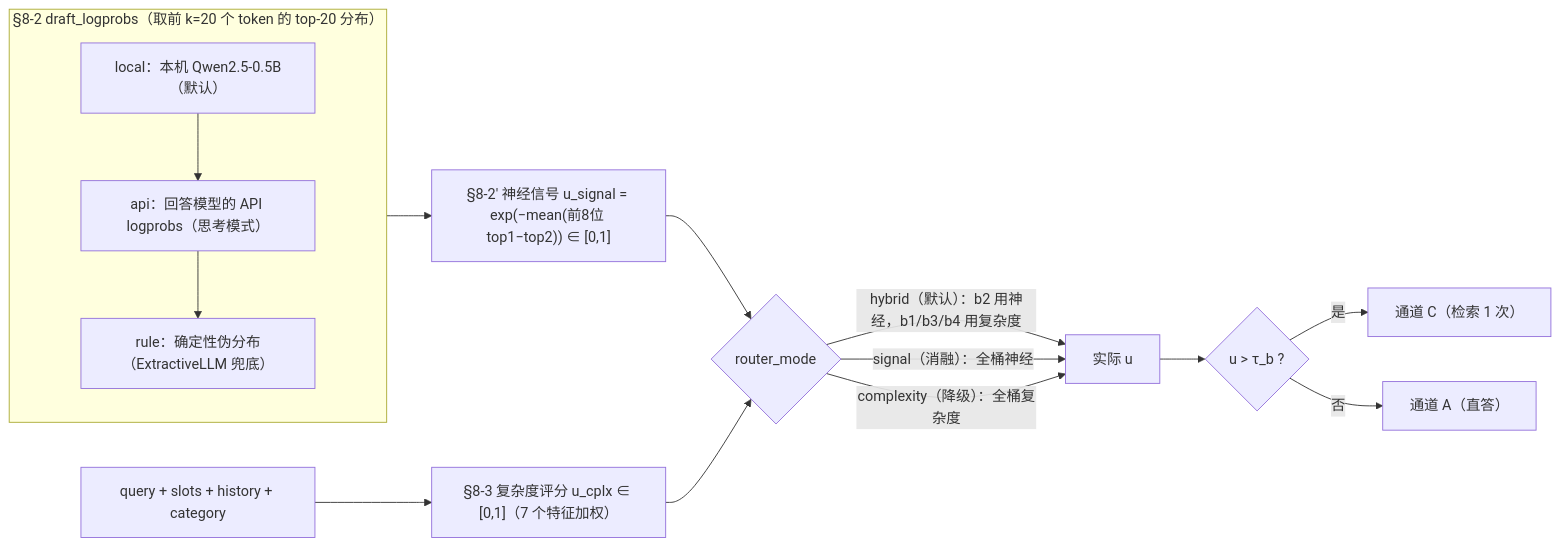
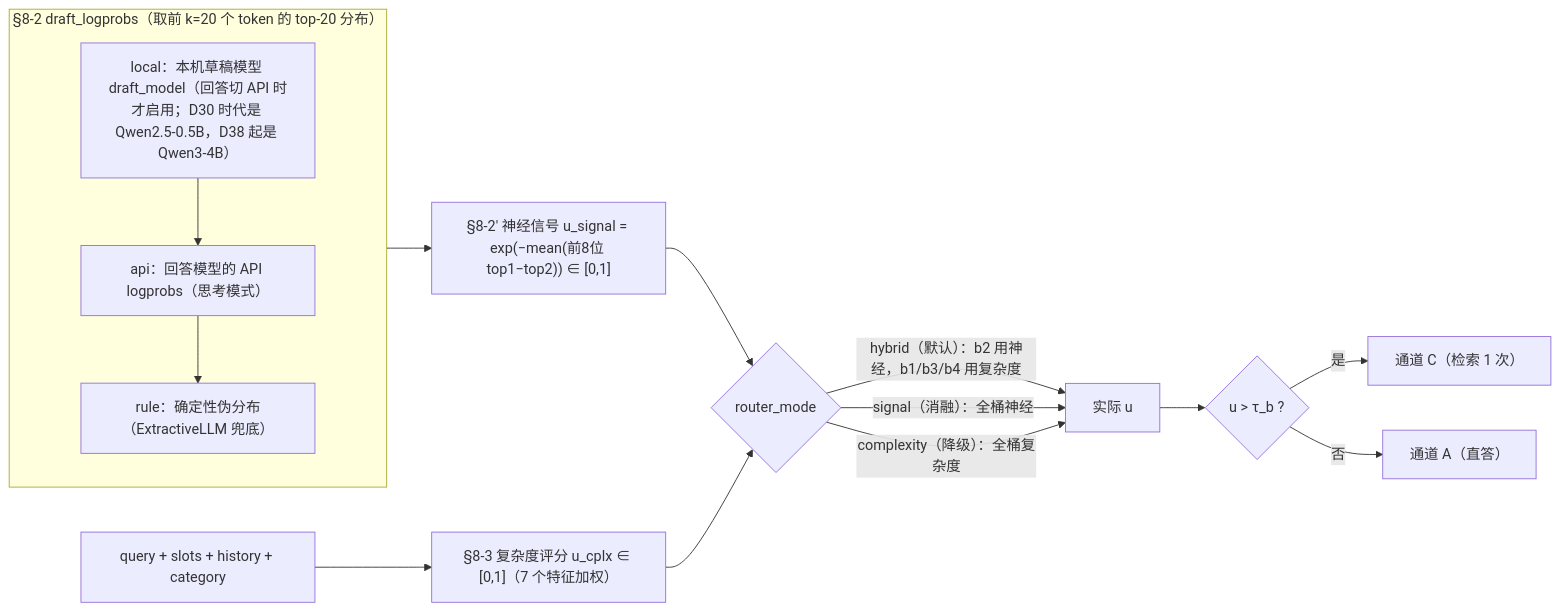
One commit to woodforestsen/lawgate changed the ninth of 26 diagrams in docs/功能流程图.md. Above: the diagram before and after it, drawn with Mermaid. The commit also changed other lines of this file and 724 other files, not shown here.

First line of the commit message:
chore: LawGate stage update - Qwen3-4B local inference, full statute/judgment corpus, gating and vector recalibration

````diff
--- a/docs/功能流程图.md
+++ b/docs/功能流程图.md
@@ -344,17 +348,17 @@
 ```mermaid
 flowchart LR
     subgraph 草稿来源链["§8-2 draft_logprobs（取前 k=20 个 token 的 top-20 分布）"]
-        L["local：本机 Qwen2.5-0.5B（默认）"] --> API["api：回答模型的 API logprobs（思考模式）"]
+        L["local：本机草稿模型 draft_model（回答切 API 时才启用；D30 时代是 Qwen2.5-0.5B，D38 起是 Qwen3-4B）"] --> API["api：回答模型的 API logprobs（思考模式）"]
         API --> RULE["rule：确定性伪分布（ExtractiveLLM 兜底）"]
     end
     草稿来源链 --> SIG["§8-2' 神经信号 u_signal = exp(−mean(前8位 top1−top2)) ∈ [0,1]"]
     Q["query + slots + history + category"] --> CPLX["§8-3 复杂度评分 u_cplx ∈ [0,1]（7 个特征加权）"]
     SIG --> MODE{"router_mode"}
     CPLX --> MODE
     MODE -- "hybrid（默认）：b2 用神经，b1/b3/b4 用复杂度" --> U["实际 u"]
     MODE -- "signal（消融）：全桶神经" --> U
     MODE -- "complexity（降级）：全桶复杂度" --> U
     U --> CMP{"u > τ_b ?"}
     CMP -- "是" --> C["通道 C（检索 1 次）"]
     CMP -- "否" --> A["通道 A（直答）"]
 ```
````
